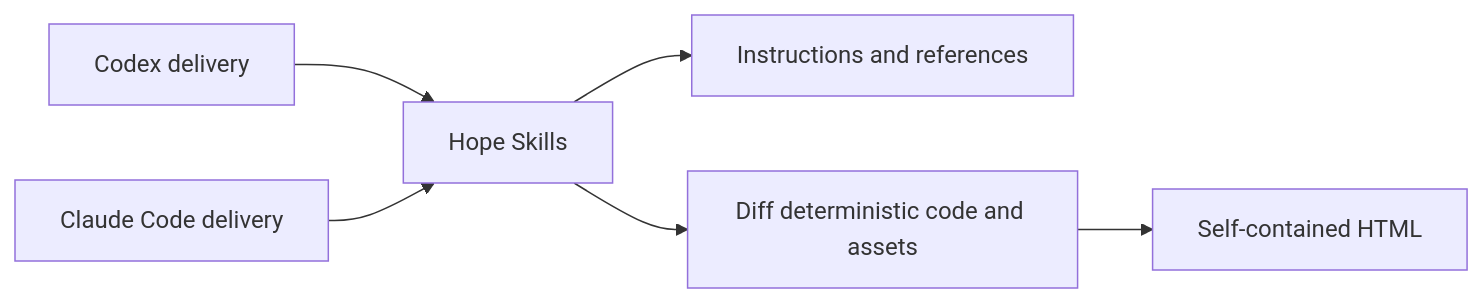
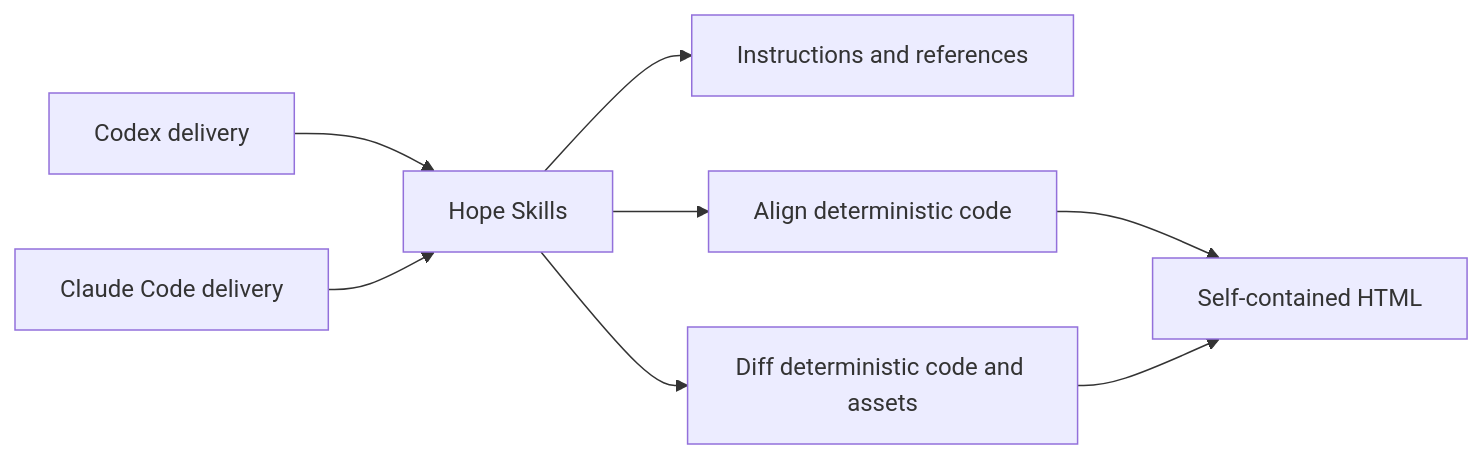
The diagram in docs/architecture.md (dkstm95/hope), drawn with Mermaid before and after one commit. The commit also changed other lines of this file and 41 other files, not shown here.

````diff
--- a/docs/architecture.md
+++ b/docs/architecture.md
@@ -34,8 +34,10 @@
 ```mermaid
 flowchart LR
   C["Codex delivery"] --> S["Hope Skills"]
   L["Claude Code delivery"] --> S
   S --> I["Instructions and references"]
+  S --> A["Align deterministic code"]
   S --> D["Diff deterministic code and assets"]
+  A --> H["Self-contained HTML"]
   D --> H["Self-contained HTML"]
 ```
````
